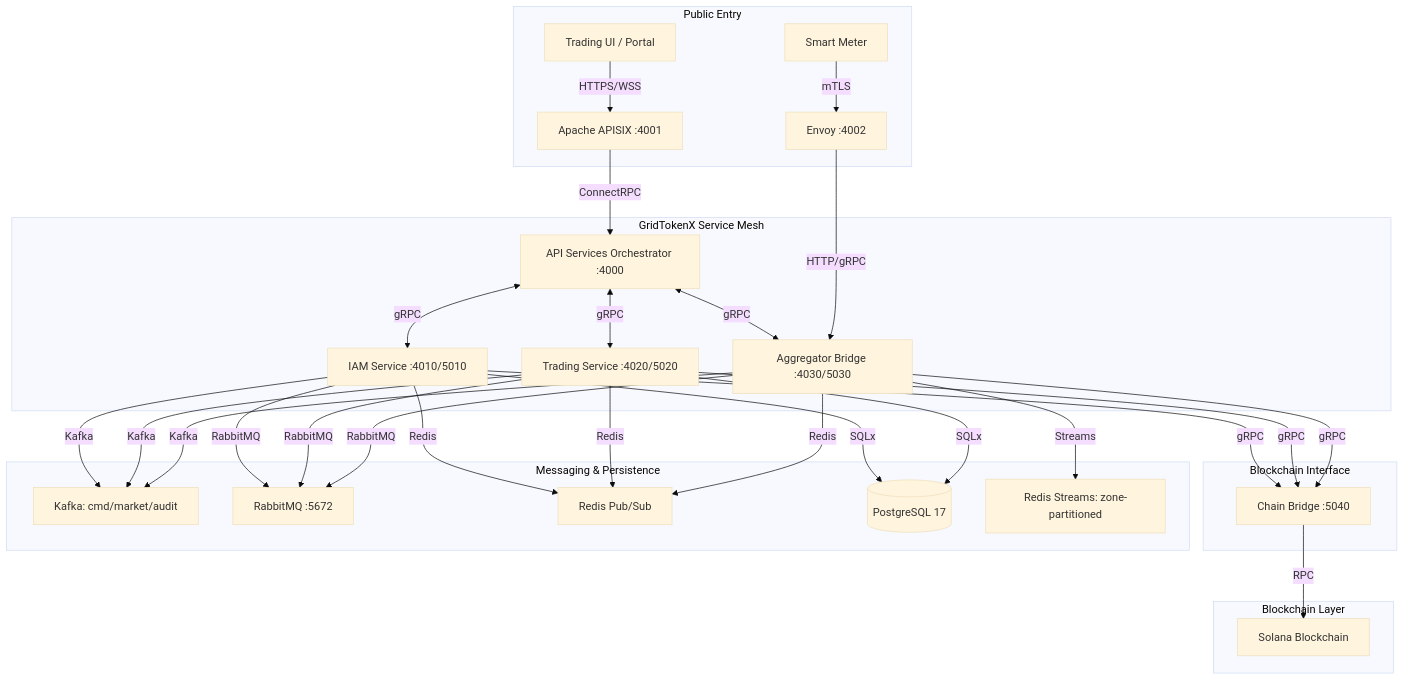
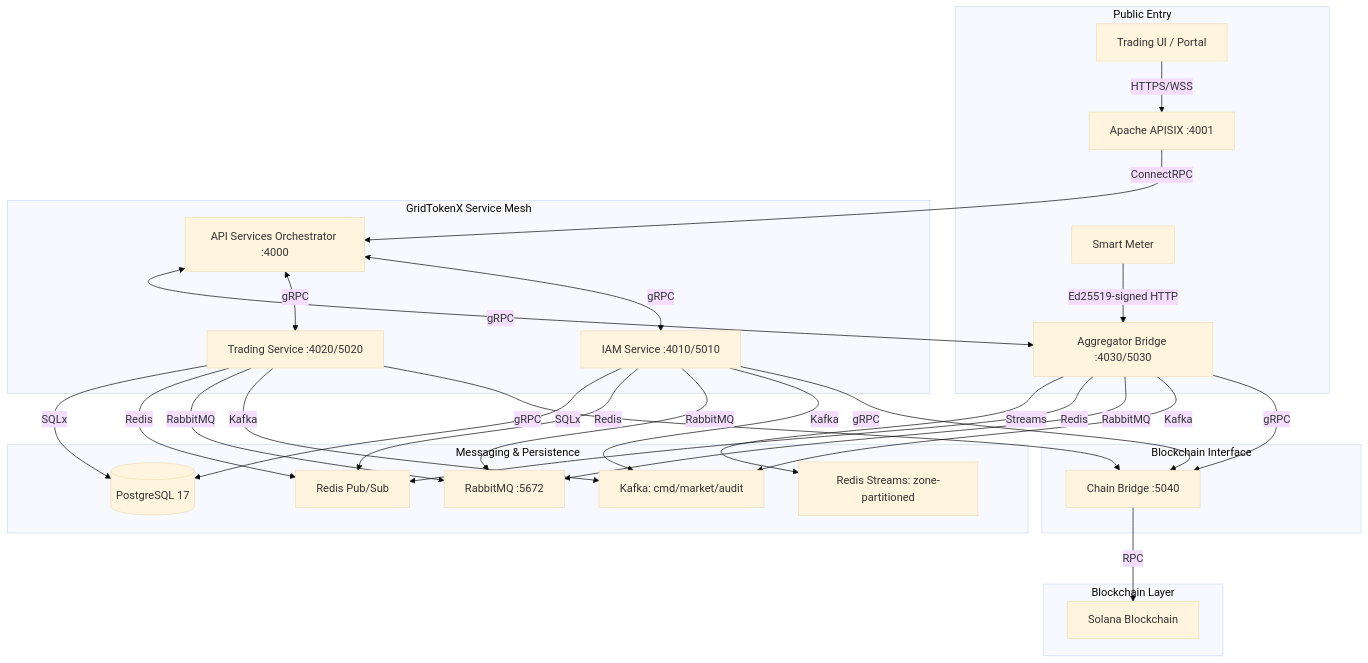
Before and after one commit to NakaSato/gridtokenx-coresystem: the diagram in README.md, drawn with Mermaid (base theme). The commit also changed other lines of this file and 36 other files, not shown here.

First line of the commit message:
chore: drop envoy edge, add NTP telemetry time source, bump submodules

````diff
--- a/README.md
+++ b/README.md
@@ -21,31 +21,30 @@
 ```mermaid
 graph TD
     subgraph "Public Entry"
         Client[Trading UI / Portal] -->|HTTPS/WSS| APISIX[Apache APISIX :4001]
-        EdgeMeter[Smart Meter] -->|mTLS| Envoy[Envoy :4002]
+        EdgeMeter[Smart Meter] -->|Ed25519-signed HTTP| OracleB
     end
 
     subgraph "GridTokenX Service Mesh"
         APISIX -->|ConnectRPC| APIS[API Services Orchestrator :4000]
         APIS <-->|gRPC| IAM[IAM Service :4010/5010]
         APIS <-->|gRPC| Trading[Trading Service :4020/5020]
         APIS <-->|gRPC| OracleB[Aggregator Bridge :4030/5030]
-        Envoy -->|HTTP/gRPC| OracleB
     end
 
     subgraph "Blockchain Interface"
         IAM & Trading & OracleB -->|gRPC| ChainBridge[Chain Bridge :5040]
     end
 
     subgraph "Blockchain Layer"
         ChainBridge -->|RPC| Solana[Solana Blockchain]
     end
 
     subgraph "Messaging & Persistence"
         IAM & Trading & OracleB -->|Kafka| Events[Kafka: cmd/market/audit]
         IAM & Trading & OracleB -->|RabbitMQ| Tasks[RabbitMQ :5672]
         IAM & Trading & OracleB -->|Redis| Live[Redis Pub/Sub]
         IAM & Trading -->|SQLx| PostgreS[(PostgreSQL 17)]
         OracleB -->|Streams| ZoneRedis[Redis Streams: zone-partitioned]
     end
 ```
````
